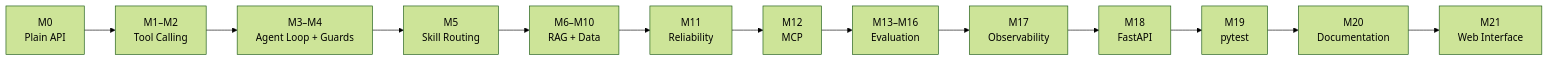
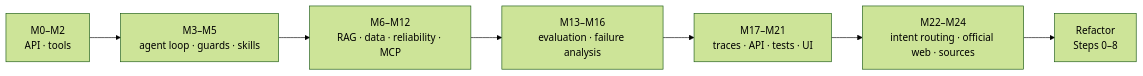
The diagram in docs/DEVELOPMENT.md (norochalise/agentic-airline-bi), drawn with Mermaid (forest theme) before and after one commit. The commit also changed other lines of this file and 3 other files, not shown here.

First line of the commit message:
docs: rewrite architecture, evaluation and development docs for the final system

````diff
--- a/docs/DEVELOPMENT.md
+++ b/docs/DEVELOPMENT.md
@@ -60,27 +23,9 @@
 ```mermaid
 flowchart LR
-    M0["M0<br/>Plain API"]
-    --> M1["M1–M2<br/>Tool Calling"]
-
-    M1 --> M3["M3–M4<br/>Agent Loop + Guards"]
-
-    M3 --> M5["M5<br/>Skill Routing"]
-
-    M5 --> M6["M6–M10<br/>RAG + Data"]
-
-    M6 --> M11["M11<br/>Reliability"]
-
-    M11 --> M12["M12<br/>MCP"]
-
-    M12 --> M13["M13–M16<br/>Evaluation"]
-
-    M13 --> M17["M17<br/>Observability"]
-
-    M17 --> M18["M18<br/>FastAPI"]
-
-    M18 --> M19["M19<br/>pytest"]
-
-    M19 --> M20["M20<br/>Documentation"]
-
-    M20 --> M21["M21<br/>Web Interface"]
+    A["M0–M2<br/>API · tools"] --> B["M3–M5<br/>agent loop · guards · skills"]
+    B --> C["M6–M12<br/>RAG · data · reliability · MCP"]
+    C --> D["M13–M16<br/>evaluation · failure analysis"]
+    D --> E["M17–M21<br/>traces · API · tests · UI"]
+    E --> F["M22–M24<br/>intent routing · official web · sources"]
+    F --> G["Refactor<br/>Steps 0–8"]
 ```
````
